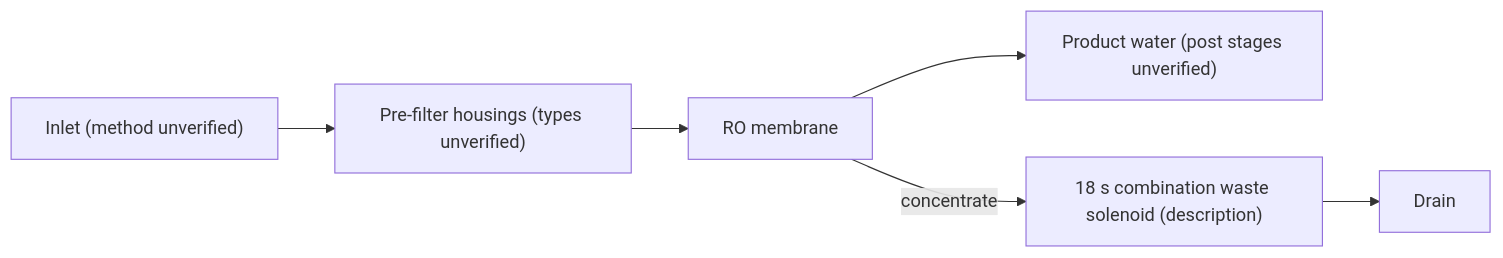
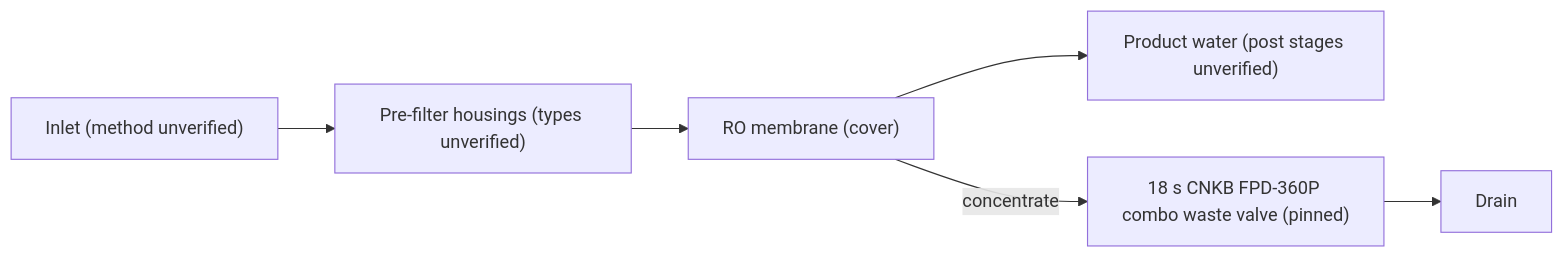
Before and after one commit to BassShang/diy-ro-water-purifier: the diagram in research/videos/05-BV1RhPCeLEHP.md, drawn with Mermaid. The commit also changed other lines of this file and 2 other files, not shown here.

````diff
--- a/research/videos/05-BV1RhPCeLEHP.md
+++ b/research/videos/05-BV1RhPCeLEHP.md
@@ -26,6 +27,6 @@
 ```mermaid
 flowchart LR
-  IN["Inlet (method unverified)"] --> PRE["Pre-filter housings (types unverified)"] --> RO["RO membrane"]
+  IN["Inlet (method unverified)"] --> PRE["Pre-filter housings (types unverified)"] --> RO["RO membrane (cover)"]
   RO --> OUT["Product water (post stages unverified)"]
-  RO -- concentrate --> WSV["18 s combination waste solenoid (description)"] --> DR["Drain"]
+  RO -- concentrate --> WSV["18 s CNKB FPD-360P combo waste valve (pinned)"] --> DR["Drain"]
 ```
````
